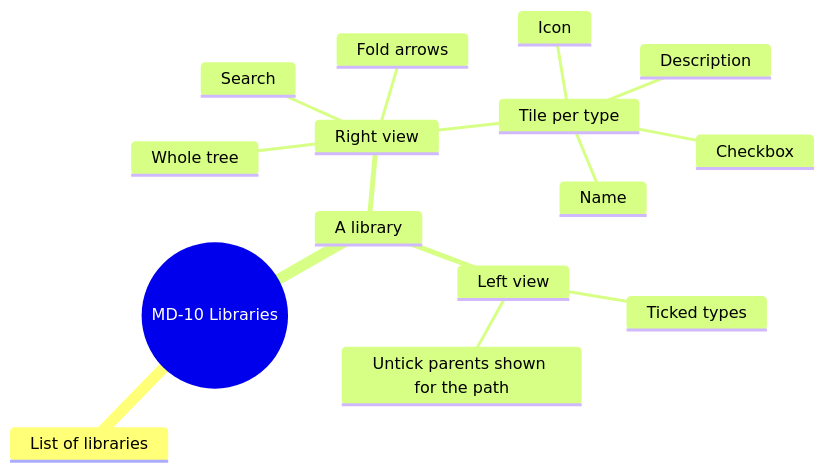
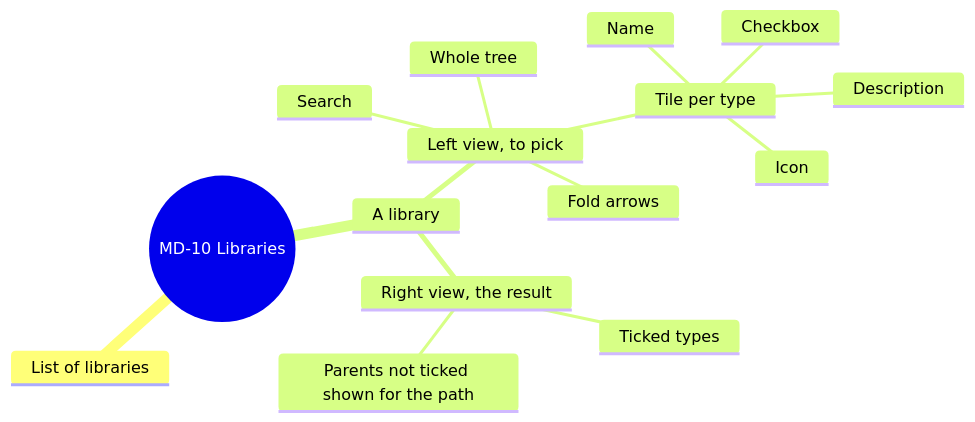
Diagram 14 of 14 in screens/metadata.md (AlexandreGallais/synoptic-studio-spec), drawn with Mermaid before and after one commit. The commit also changed other lines of this file and 14 other files, not shown here.

````diff
--- a/screens/metadata.md
+++ b/screens/metadata.md
@@ -343,18 +393,18 @@
 ```mermaid
 mindmap
   root((MD-10 Libraries))
     List of libraries
     A library
-      Right view
+      Left view, to pick
         Whole tree
         Tile per type
           Icon
           Name
           Description
           Checkbox
         Search
         Fold arrows
-      Left view
+      Right view, the result
         Ticked types
-        Untick parents shown for the path
+        Parents not ticked shown for the path
 ```
````
